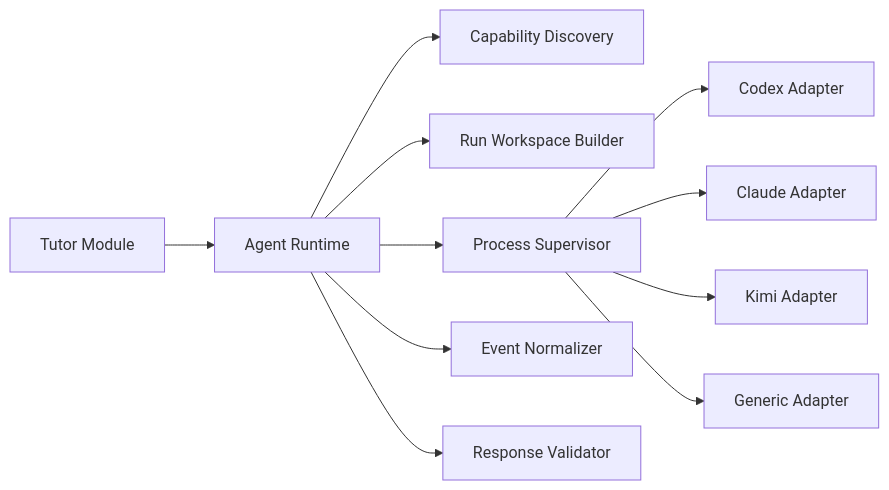
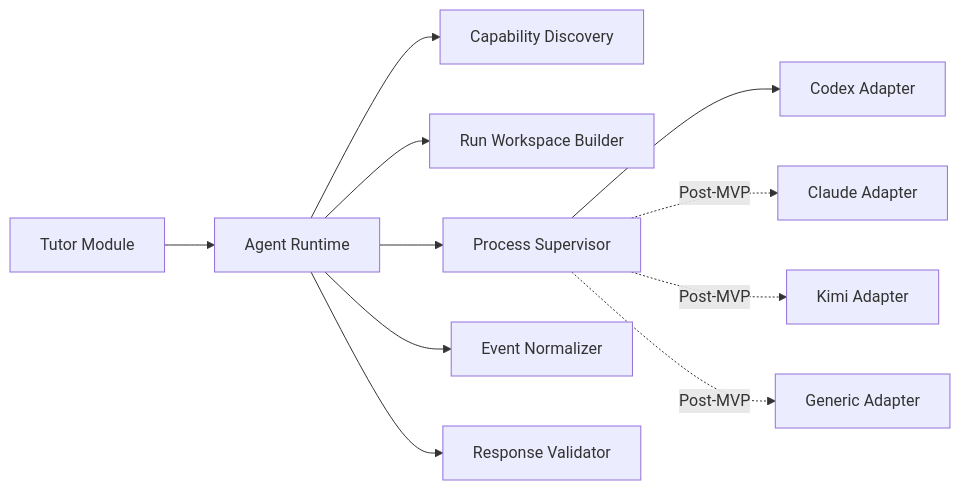
Before and after one commit to guangtouwangba/replaytutor: the diagram in docs/AGENT_BINDING.md, drawn with Mermaid. The commit also changed other lines of this file and 182 other files, not shown here.

````diff
--- a/docs/AGENT_BINDING.md
+++ b/docs/AGENT_BINDING.md
@@ -34,14 +31,14 @@
 ```mermaid
 flowchart LR
     T["Tutor Module"] --> R["Agent Runtime"]
     R --> D["Capability Discovery"]
     R --> W["Run Workspace Builder"]
     R --> P["Process Supervisor"]
     R --> N["Event Normalizer"]
     R --> V["Response Validator"]
 
     P --> C1["Codex Adapter"]
-    P --> C2["Claude Adapter"]
-    P --> C3["Kimi Adapter"]
-    P --> C4["Generic Adapter"]
+    P -. Post-MVP .-> C2["Claude Adapter"]
+    P -. Post-MVP .-> C3["Kimi Adapter"]
+    P -. Post-MVP .-> C4["Generic Adapter"]
 ```
````
